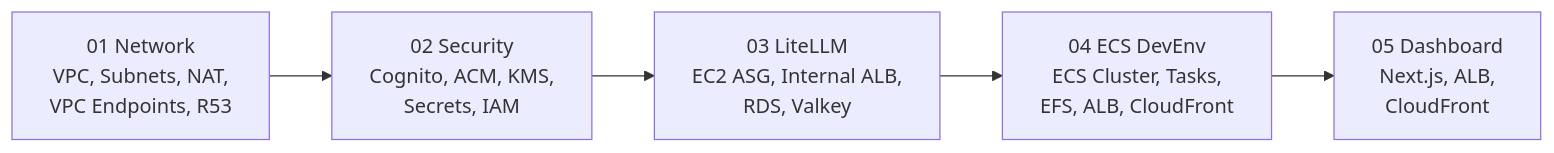
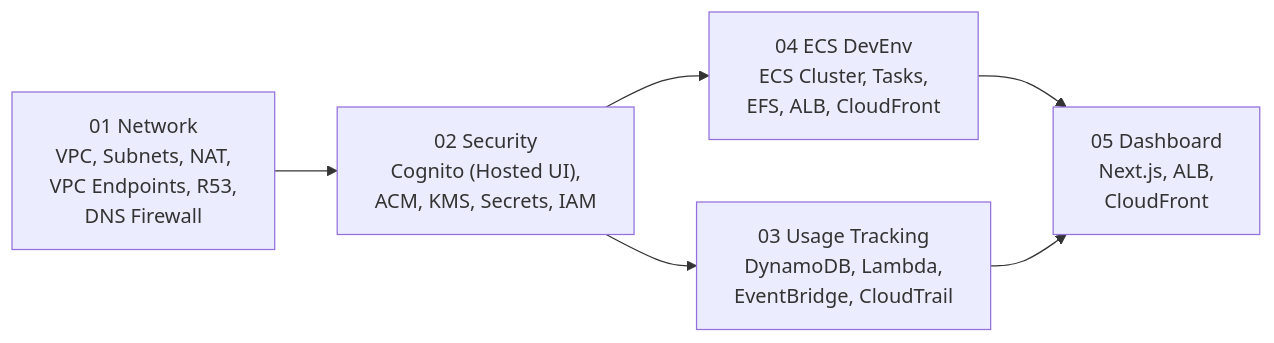
One commit to Atom-oh/cc-on-bedrock changed the second of 7 diagrams in docs/architecture.md. Above: the diagram before and after it, drawn with Mermaid. The commit also changed other lines of this file and 8 other files, not shown here.

First line of the commit message:
docs: sync all documentation with Bedrock Direct architecture

````diff
--- a/docs/architecture.md
+++ b/docs/architecture.md
@@ -138,7 +131,8 @@
 ```mermaid
 graph LR
-    S1["01 Network<br/>VPC, Subnets, NAT,<br/>VPC Endpoints, R53"] --> S2["02 Security<br/>Cognito, ACM, KMS,<br/>Secrets, IAM"]
-    S2 --> S3["03 LiteLLM<br/>EC2 ASG, Internal ALB,<br/>RDS, Valkey"]
-    S3 --> S4["04 ECS DevEnv<br/>ECS Cluster, Tasks,<br/>EFS, ALB, CloudFront"]
+    S1["01 Network<br/>VPC, Subnets, NAT,<br/>VPC Endpoints, R53,<br/>DNS Firewall"] --> S2["02 Security<br/>Cognito (Hosted UI),<br/>ACM, KMS, Secrets, IAM"]
+    S2 --> S3["03 Usage Tracking<br/>DynamoDB, Lambda,<br/>EventBridge, CloudTrail"]
+    S2 --> S4["04 ECS DevEnv<br/>ECS Cluster, Tasks,<br/>EFS, ALB, CloudFront"]
     S4 --> S5["05 Dashboard<br/>Next.js, ALB,<br/>CloudFront"]
+    S3 --> S5
 ```
````
